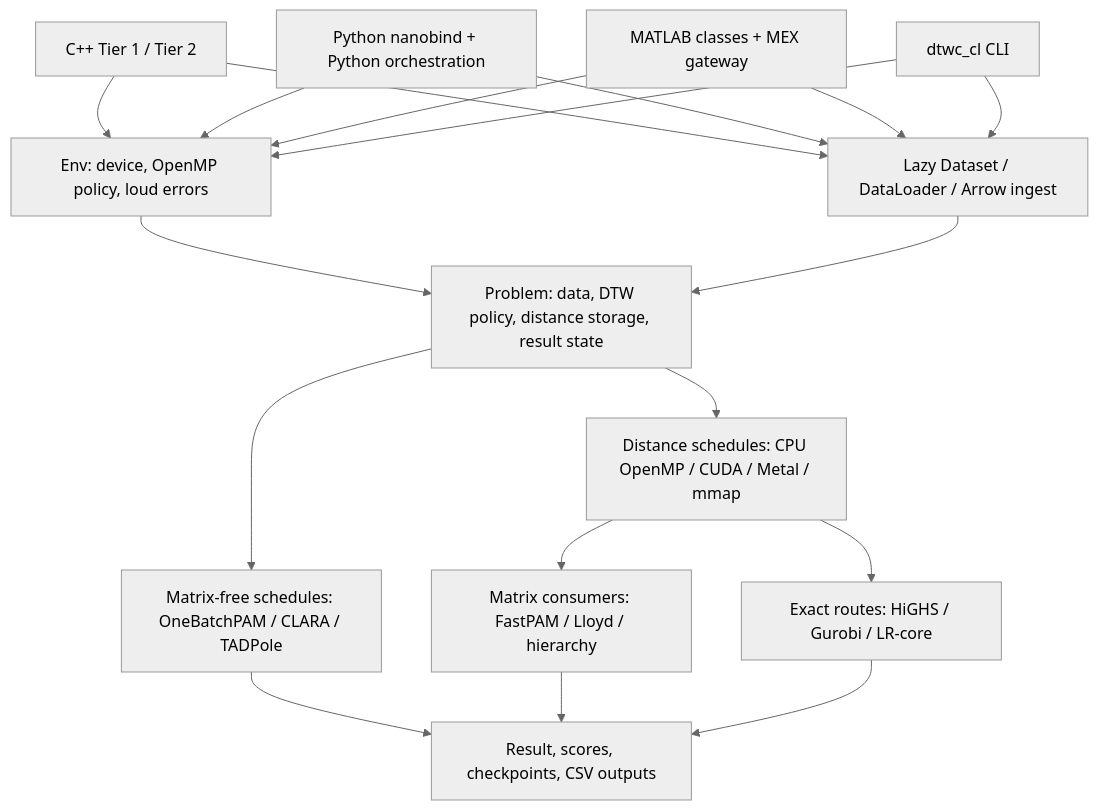
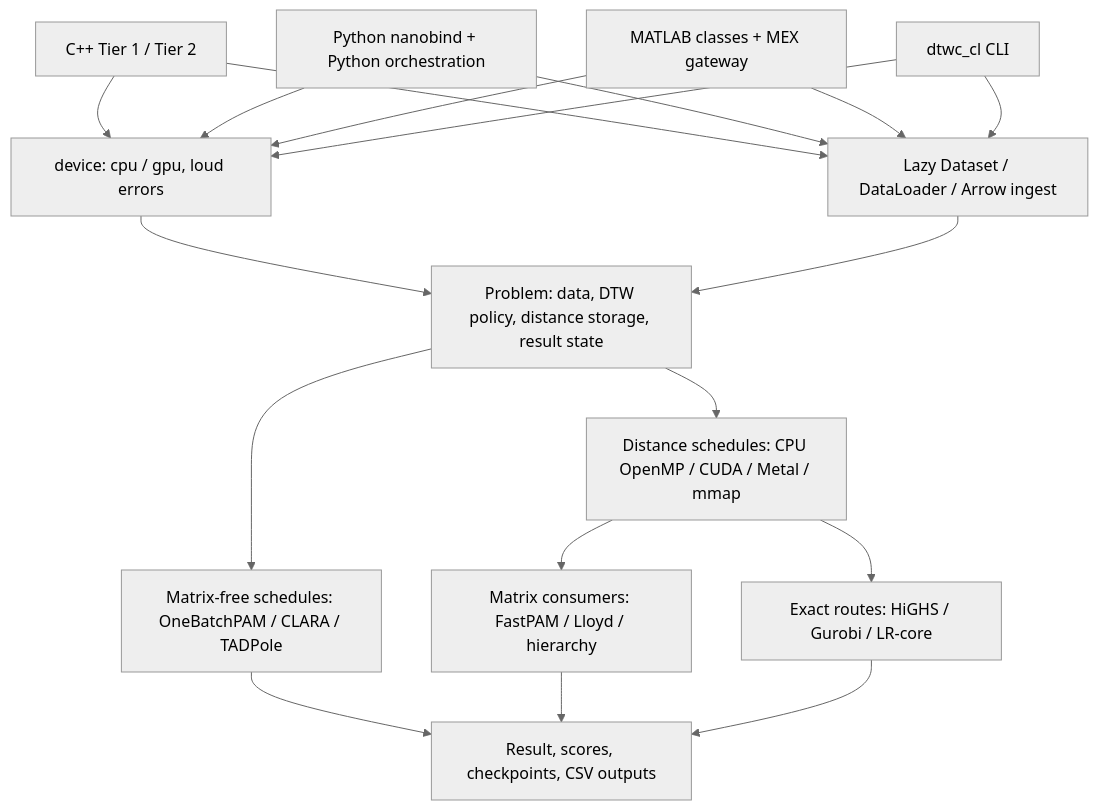
Before and after one commit to Battery-Intelligence-Lab/dtw-cpp: the diagram in docs/content/guides/architecture.md, drawn with Mermaid (neutral theme). The commit also changed 30 other files, not shown here.

````diff
--- a/docs/content/guides/architecture.md
+++ b/docs/content/guides/architecture.md
@@ -12,33 +12,33 @@
 ```mermaid
 flowchart TB
     CPP[C++ Tier 1 / Tier 2]
     PY[Python nanobind + Python orchestration]
     MAT[MATLAB classes + MEX gateway]
     CLI[dtwc_cl CLI]
-    ENV[Env: device, OpenMP policy, loud errors]
+    ENV[device: cpu / gpu, loud errors]
     LOAD[Lazy Dataset / DataLoader / Arrow ingest]
     PROB[Problem: data, DTW policy, distance storage, result state]
     MATRIX[Distance schedules: CPU OpenMP / CUDA / Metal / mmap]
     FREE[Matrix-free schedules: OneBatchPAM / CLARA / TADPole]
     ALG[Matrix consumers: FastPAM / Lloyd / hierarchy]
     SOLVE[Exact routes: HiGHS / Gurobi / LR-core]
     OUT[Result, scores, checkpoints, CSV outputs]
 
     CPP --> ENV
     PY --> ENV
     MAT --> ENV
     CLI --> ENV
     CPP --> LOAD
     PY --> LOAD
     MAT --> LOAD
     CLI --> LOAD
     ENV --> PROB
     LOAD --> PROB
     PROB --> MATRIX
     PROB --> FREE
     MATRIX --> ALG
     MATRIX --> SOLVE
     FREE --> OUT
     ALG --> OUT
     SOLVE --> OUT
 ```
````
